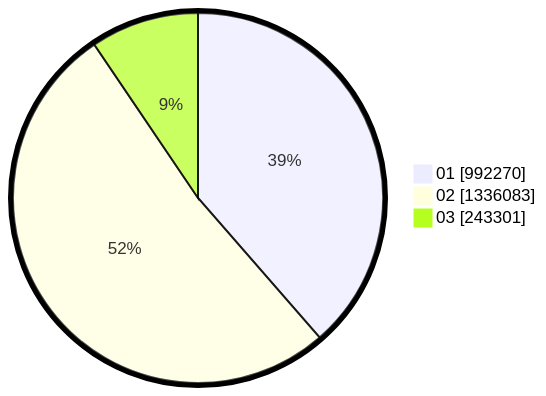
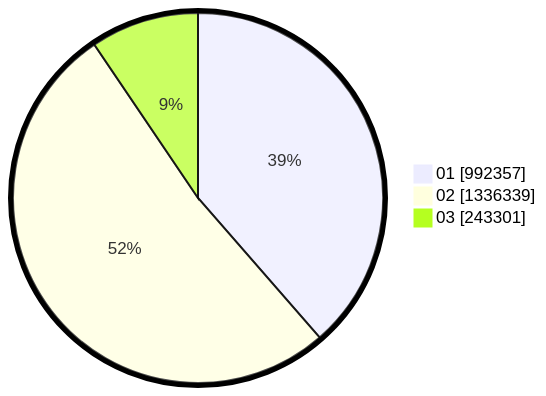
Before and after one commit to gigit-pemilu/pemilu-2024: the second of 2 diagrams in pilpres/hitung-suara/sub/table-wilayah-14.md, drawn with Mermaid. The commit also changed other lines of this file and 3 other files, not shown here.

````diff
--- a/pilpres/hitung-suara/sub/table-wilayah-14.md
+++ b/pilpres/hitung-suara/sub/table-wilayah-14.md
@@ -15,7 +15,7 @@
 ```mermaid
 %%{init: {"pie": {"textPosition": 0.5}, "themeVariables": {"pieOuterStrokeWidth": "5px"}} }%%
 pie showData
-    "01" : 992270
-    "02" : 1336083
+    "01" : 992357
+    "02" : 1336339
     "03" : 243301
 ```
````
